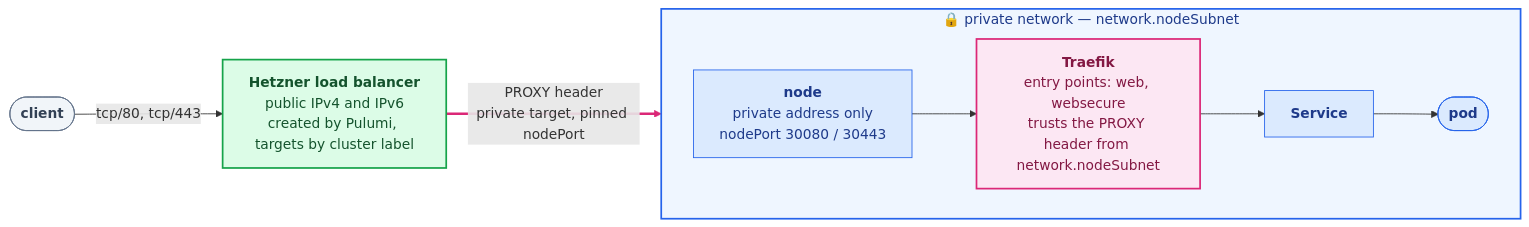
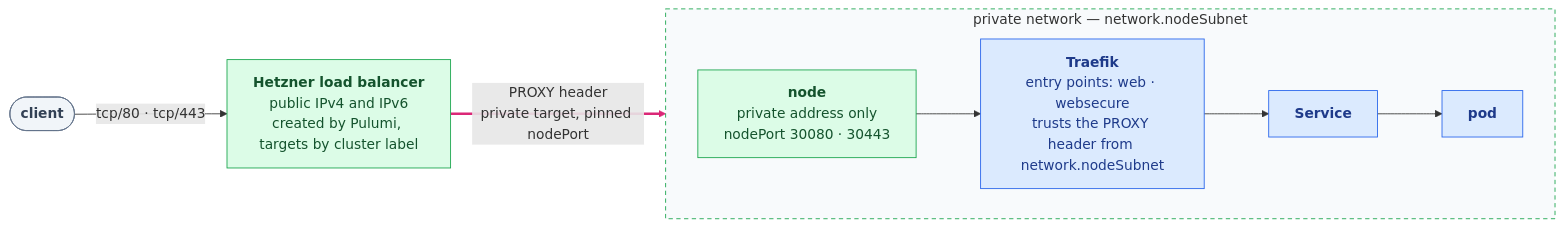
The first of 2 diagrams in docs/networking.md (oleg-tkachuk/hetzner-iac), drawn with Mermaid before and after one commit. The commit also changed other lines of this file and 3 other files, not shown here.

First line of the commit message:
docs(diagrams): share one palette and shape grammar across diagrams

````diff
--- a/docs/networking.md
+++ b/docs/networking.md
@@ -117,37 +117,35 @@
 ```mermaid
 flowchart LR
-    %% Same palette as the diagram above, and the same reason for spelling the
-    %% colours out rather than inheriting the theme's.
-    classDef outside fill:#F1F5F9,stroke:#64748B,stroke-width:1px,color:#334155
-    classDef edge fill:#DCFCE7,stroke:#16A34A,stroke-width:2px,color:#14532D
-    classDef inside fill:#DBEAFE,stroke:#2563EB,stroke-width:1px,color:#1E3A8A
-    classDef gate fill:#FCE7F3,stroke:#DB2777,stroke-width:2px,color:#831843
-
     client(["<b>client</b>"])
     lb["<b>Hetzner load balancer</b><br/>public IPv4 and IPv6<br/>created by Pulumi, targets by cluster label"]
 
-    subgraph private["🔒 private network — network.nodeSubnet"]
+    subgraph private ["private network — network.nodeSubnet"]
         direction LR
-        node["<b>node</b><br/>private address only<br/>nodePort 30080 / 30443"]
-        traefik["<b>Traefik</b><br/>entry points: web, websecure<br/>trusts the PROXY header from network.nodeSubnet"]
+        node["<b>node</b><br/>private address only<br/>nodePort 30080 · 30443"]
+        traefik["<b>Traefik</b><br/>entry points: web · websecure<br/>trusts the PROXY header from network.nodeSubnet"]
         svc["<b>Service</b>"]
-        pod(["<b>pod</b>"])
+        pod["<b>pod</b>"]
     end
 
-    client -->|"tcp/80, tcp/443"| lb
+    client -->|"tcp/80 · tcp/443"| lb
     lb ==>|"PROXY header<br/>private target, pinned nodePort"| node
     node --> traefik
     traefik --> svc
     svc --> pod
 
-    class client outside
-    class lb edge
-    class traefik gate
-    class node,svc,pod inside
+    classDef actor fill:#F1F5F9,stroke:#64748B,color:#334155
+    classDef optional fill:#F1F5F9,stroke:#64748B,color:#334155,stroke-dasharray:5 4
+    classDef hetzner fill:#DCFCE7,stroke:#16A34A,color:#14532D
+    classDef talos fill:#FEF3C7,stroke:#D97706,color:#78350F
+    classDef kube fill:#DBEAFE,stroke:#2563EB,color:#1E3A8A
+    classDef state fill:#EDE9FE,stroke:#7C3AED,color:#3B0764
+    classDef gate fill:#FCE7F3,stroke:#DB2777,color:#831843
+    class client actor
+    class lb,node hetzner
+    class traefik,svc,pod kube
+    style private fill:#F8FAFC,stroke:#16A34A,stroke-dasharray:5 4
 
-    style private fill:#EFF6FF,stroke:#2563EB,stroke-width:2px,color:#1E3A8A
-
-    %% The one edge worth pointing at: it is the hop that carries the PROXY
-    %% header. Indexed by edge order, so adding an edge above this one moves it.
+    %% The hop that carries the PROXY header. Indexed by edge order, so adding
+    %% an edge above this one moves it.
     linkStyle 1 stroke:#DB2777,stroke-width:3px
 ```
````
